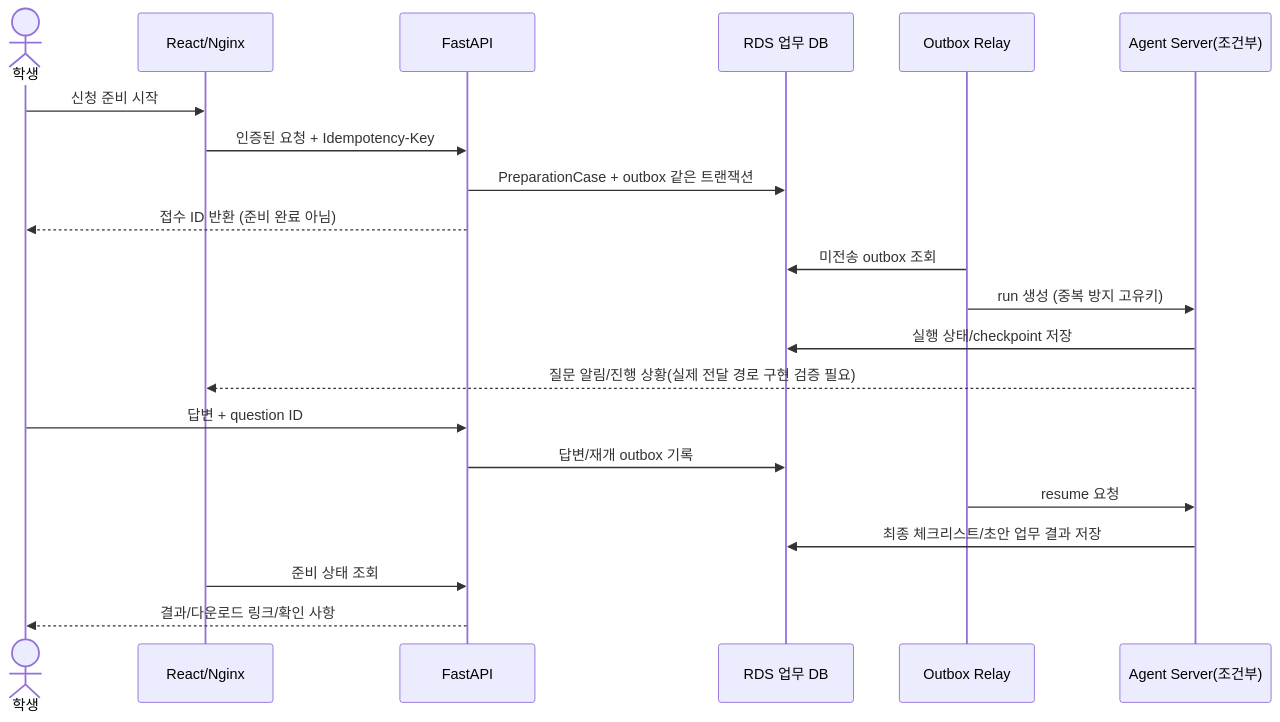
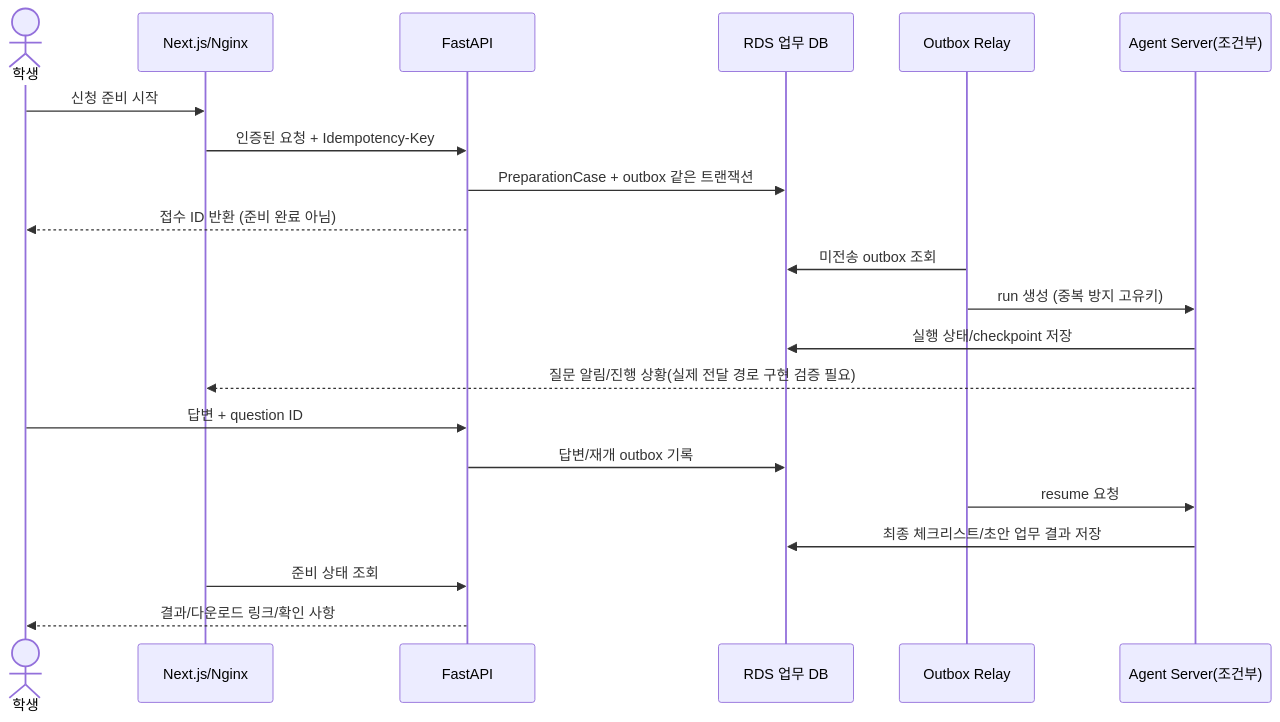
One commit to wyLortel/scholarship_ai changed the diagram in docs/03-architecture/01-architecture-v7.md. Above: the diagram before and after it, drawn with Mermaid. The commit also changed other lines of this file and 2 other files, not shown here.

Commit message:
docs(#22): point ADR index, ADR-0008, architecture v7 to ADR-0013

````diff
--- a/docs/03-architecture/01-architecture-v7.md
+++ b/docs/03-architecture/01-architecture-v7.md
@@ -32,23 +32,23 @@
 ```mermaid
 sequenceDiagram
     actor S as 학생
-    participant FE as React/Nginx
+    participant FE as Next.js/Nginx
     participant API as FastAPI
     participant DB as RDS 업무 DB
     participant O as Outbox Relay
     participant AG as Agent Server(조건부)
     S->>FE: 신청 준비 시작
     FE->>API: 인증된 요청 + Idempotency-Key
     API->>DB: PreparationCase + outbox 같은 트랜잭션
     API-->>S: 접수 ID 반환 (준비 완료 아님)
     O->>DB: 미전송 outbox 조회
     O->>AG: run 생성 (중복 방지 고유키)
     AG->>DB: 실행 상태/checkpoint 저장
     AG-->>FE: 질문 알림/진행 상황(실제 전달 경로 구현 검증 필요)
     S->>API: 답변 + question ID
     API->>DB: 답변/재개 outbox 기록
     O->>AG: resume 요청
     AG->>DB: 최종 체크리스트/초안 업무 결과 저장
     FE->>API: 준비 상태 조회
     API-->>S: 결과/다운로드 링크/확인 사항
 ```
````
